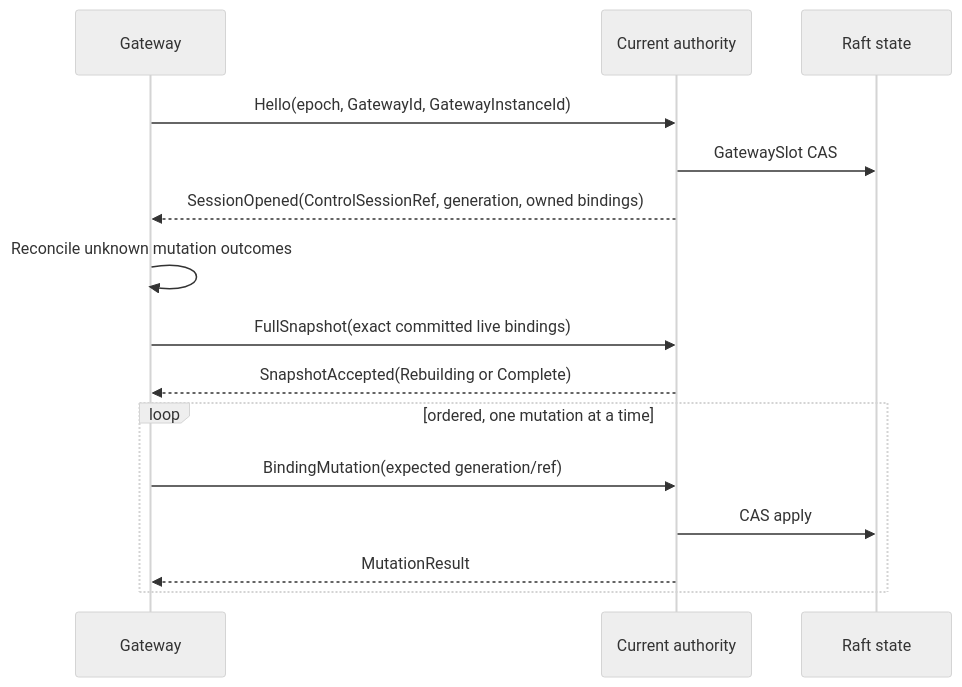
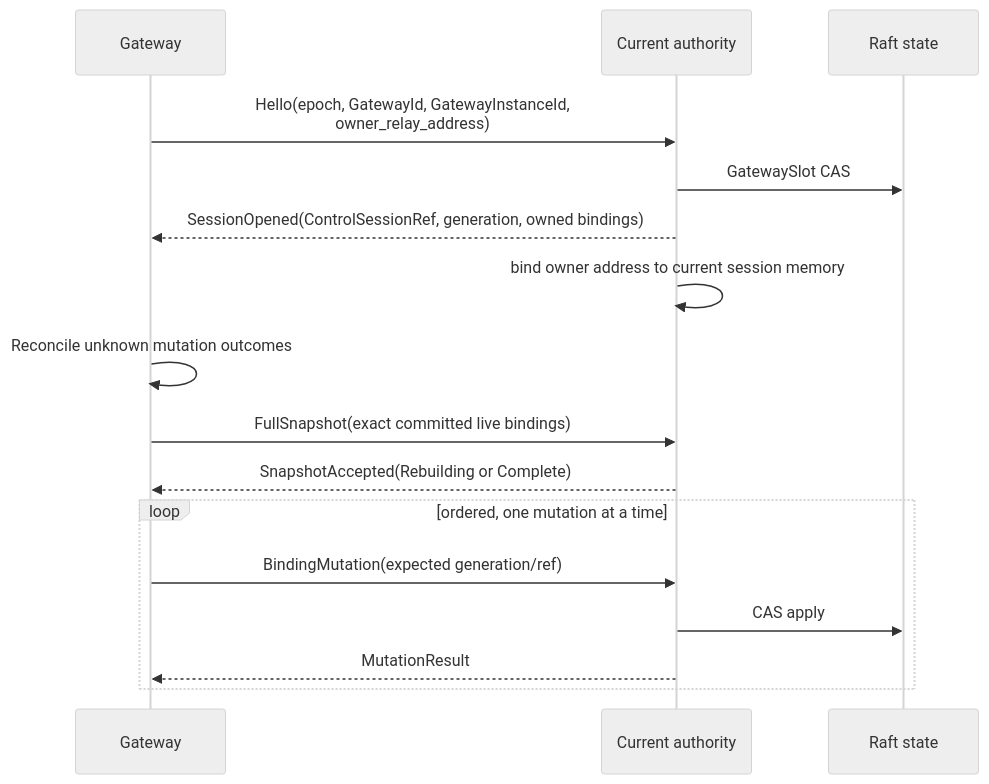
The second of 7 diagrams in docs/spec/001-system-model.md (cagojeiger/relaygate), drawn with Mermaid (neutral theme) before and after one commit. The commit also changed other lines of this file and 43 other files, not shown here.

Commit message:
feat: add cross-gateway relay forwarding

````diff
--- a/docs/spec/001-system-model.md
+++ b/docs/spec/001-system-model.md
@@ -95,18 +104,19 @@
 ```mermaid
 sequenceDiagram
     participant G as Gateway
     participant A as Current authority
     participant R as Raft state
 
-    G->>A: Hello(epoch, GatewayId, GatewayInstanceId)
+    G->>A: Hello(epoch, GatewayId, GatewayInstanceId,<br/>owner_relay_address)
     A->>R: GatewaySlot CAS
     A-->>G: SessionOpened(ControlSessionRef, generation, owned bindings)
+    A->>A: bind owner address to current session memory
     G->>G: Reconcile unknown mutation outcomes
     G->>A: FullSnapshot(exact committed live bindings)
     A-->>G: SnapshotAccepted(Rebuilding or Complete)
     loop ordered, one mutation at a time
         G->>A: BindingMutation(expected generation/ref)
         A->>R: CAS apply
         A-->>G: MutationResult
     end
 ```
````
